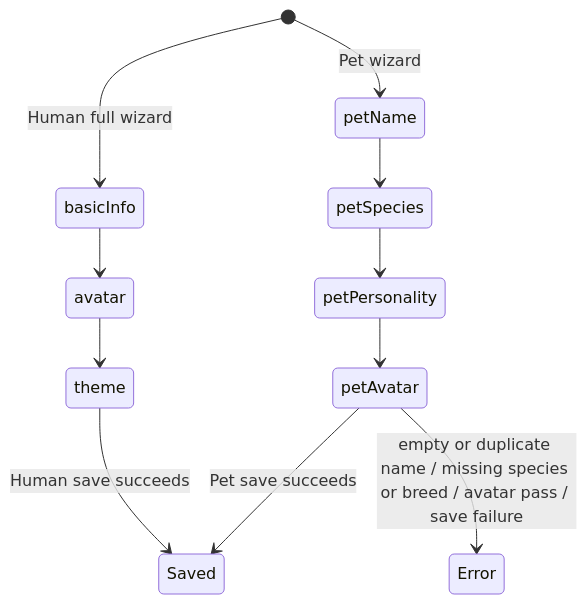
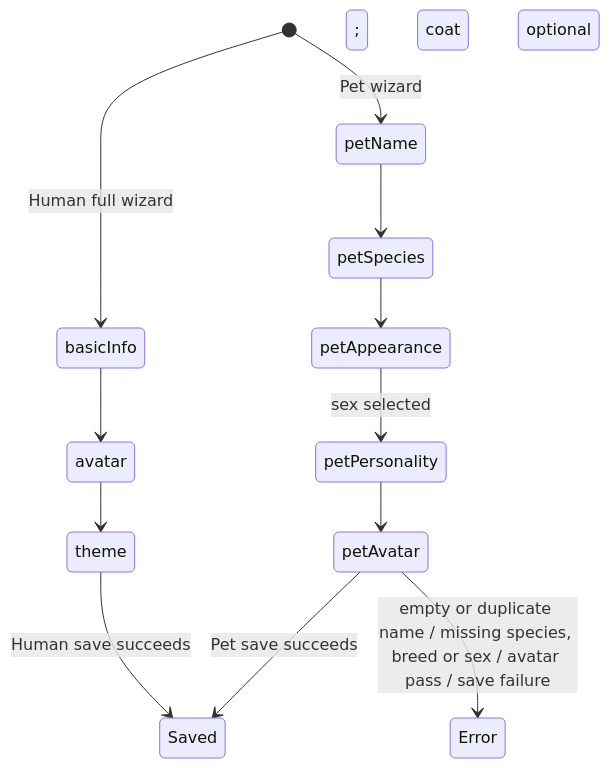
One commit to VeitL/Ohana changed the first of 4 diagrams in docs/specs/Members-logic.md. Above: the diagram before and after it, drawn with Mermaid. The commit also changed other lines of this file and 551 other files, not shown here.

````diff
--- a/docs/specs/Members-logic.md
+++ b/docs/specs/Members-logic.md
@@ -86,13 +86,14 @@
 ```mermaid
 stateDiagram-v2
     [*] --> basicInfo: Human full wizard
     basicInfo --> avatar
     avatar --> theme
     theme --> Saved: Human save succeeds
     [*] --> petName: Pet wizard
     petName --> petSpecies
-    petSpecies --> petPersonality
+    petSpecies --> petAppearance
+    petAppearance --> petPersonality: sex selected; coat optional
     petPersonality --> petAvatar
     petAvatar --> Saved: Pet save succeeds
-    petAvatar --> Error: empty or duplicate name / missing species or breed / avatar pass / save failure
+    petAvatar --> Error: empty or duplicate name / missing species, breed or sex / avatar pass / save failure
 ```
````
